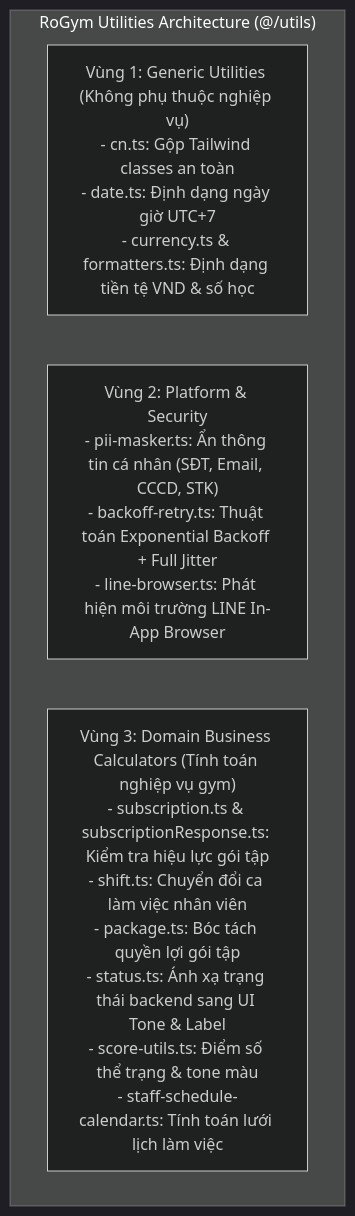
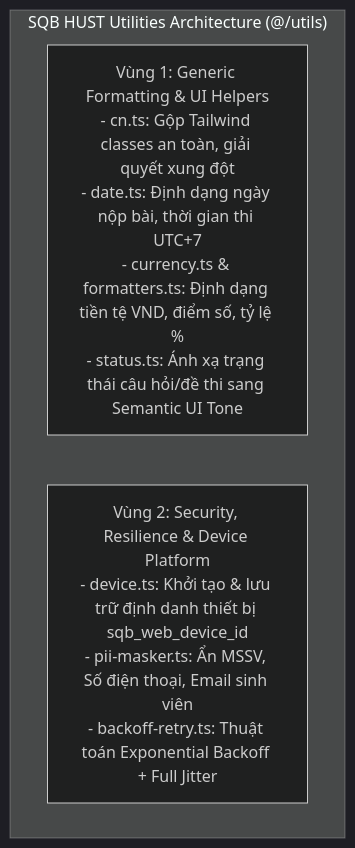
One commit to lethanhan01/Social-network-for-student-Generated-Question-Bank changed the first of 2 diagrams in src/utils/README.md. Above: the diagram before and after it, drawn with Mermaid (dark theme). The commit also changed other lines of this file and 6 other files, not shown here.

````diff
--- a/src/utils/README.md
+++ b/src/utils/README.md
@@ -29,8 +38,7 @@
 ```mermaid
 graph TD
-    subgraph "RoGym Utilities Architecture (@/utils)"
-        V1["Vùng 1: Generic Utilities (Không phụ thuộc nghiệp vụ)<br/>- cn.ts: Gộp Tailwind classes an toàn<br/>- date.ts: Định dạng ngày giờ UTC+7<br/>- currency.ts & formatters.ts: Định dạng tiền tệ VND & số học"]
-        V2["Vùng 2: Platform & Security<br/>- pii-masker.ts: Ẩn thông tin cá nhân (SĐT, Email, CCCD, STK)<br/>- backoff-retry.ts: Thuật toán Exponential Backoff + Full Jitter<br/>- line-browser.ts: Phát hiện môi trường LINE In-App Browser"]
-        V3["Vùng 3: Domain Business Calculators (Tính toán nghiệp vụ gym)<br/>- subscription.ts & subscriptionResponse.ts: Kiểm tra hiệu lực gói tập<br/>- shift.ts: Chuyển đổi ca làm việc nhân viên<br/>- package.ts: Bóc tách quyền lợi gói tập<br/>- status.ts: Ánh xạ trạng thái backend sang UI Tone & Label<br/>- score-utils.ts: Điểm số thể trạng & tone màu<br/>- staff-schedule-calendar.ts: Tính toán lưới lịch làm việc"]
+    subgraph "SQB HUST Utilities Architecture (@/utils)"
+        V1["Vùng 1: Generic Formatting & UI Helpers<br/>- cn.ts: Gộp Tailwind classes an toàn, giải quyết xung đột<br/>- date.ts: Định dạng ngày nộp bài, thời gian thi UTC+7<br/>- currency.ts & formatters.ts: Định dạng tiền tệ VND, điểm số, tỷ lệ %<br/>- status.ts: Ánh xạ trạng thái câu hỏi/đề thi sang Semantic UI Tone"]
+        V2["Vùng 2: Security, Resilience & Device Platform<br/>- device.ts: Khởi tạo & lưu trữ định danh thiết bị sqb_web_device_id<br/>- pii-masker.ts: Ẩn MSSV, Số điện thoại, Email sinh viên<br/>- backoff-retry.ts: Thuật toán Exponential Backoff + Full Jitter"]
     end
 ```
````
